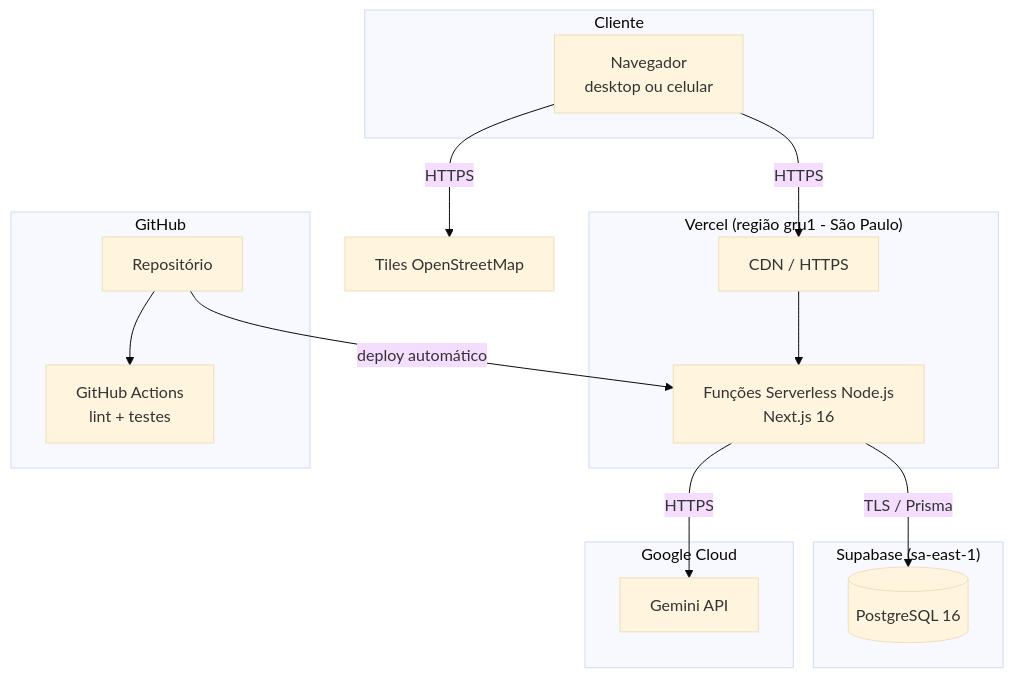
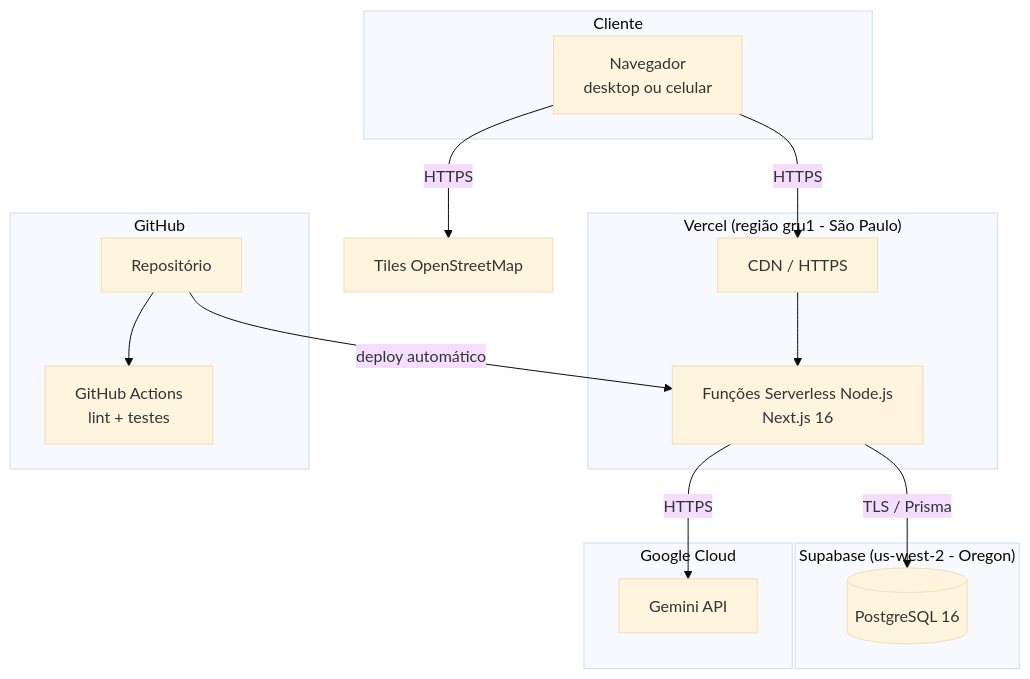
One commit to luizacoelh/RastroVerde changed the third of 5 diagrams in docs/04-arquitetura.md. Above: the diagram before and after it, drawn with Mermaid (base theme). The commit also changed other lines of this file and 1 other file, not shown here.

Commit message:
docs: Supabase em us-west-2 (diagrama de implantação e .env.example)

````diff
--- a/docs/04-arquitetura.md
+++ b/docs/04-arquitetura.md
@@ -106,28 +106,28 @@
 ```mermaid
 flowchart TB
   subgraph Cliente
     BR[Navegador<br/>desktop ou celular]
   end
   subgraph "Vercel (região gru1 - São Paulo)"
     EDGE[CDN / HTTPS]
     FN[Funções Serverless Node.js<br/>Next.js 16]
   end
-  subgraph "Supabase (sa-east-1)"
+  subgraph "Supabase (us-west-2 - Oregon)"
     PG[(PostgreSQL 16)]
   end
   subgraph Google Cloud
     GM[Gemini API]
   end
   subgraph GitHub
     REPO[Repositório]
     CI[GitHub Actions<br/>lint + testes]
   end
   OSM[Tiles OpenStreetMap]
 
   BR -- HTTPS --> EDGE --> FN
   BR -- HTTPS --> OSM
   FN -- TLS / Prisma --> PG
   FN -- HTTPS --> GM
   REPO --> CI
   REPO -- deploy automático --> FN
 ```
````
